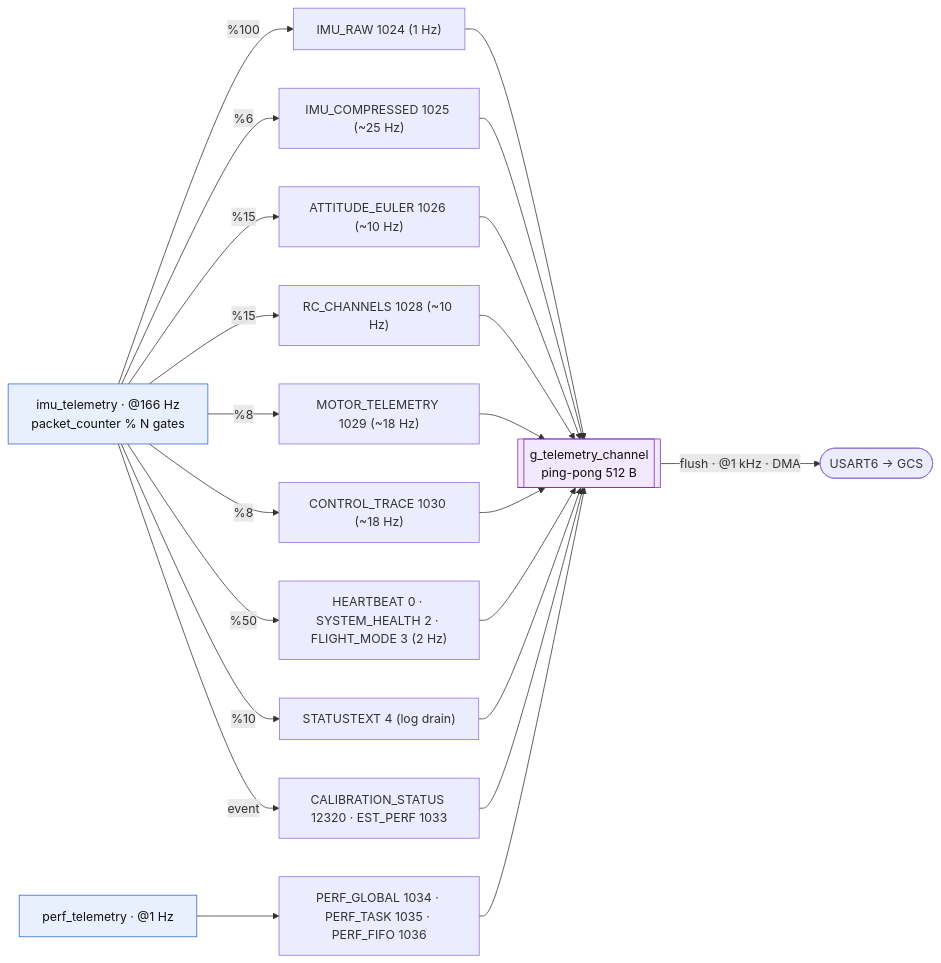
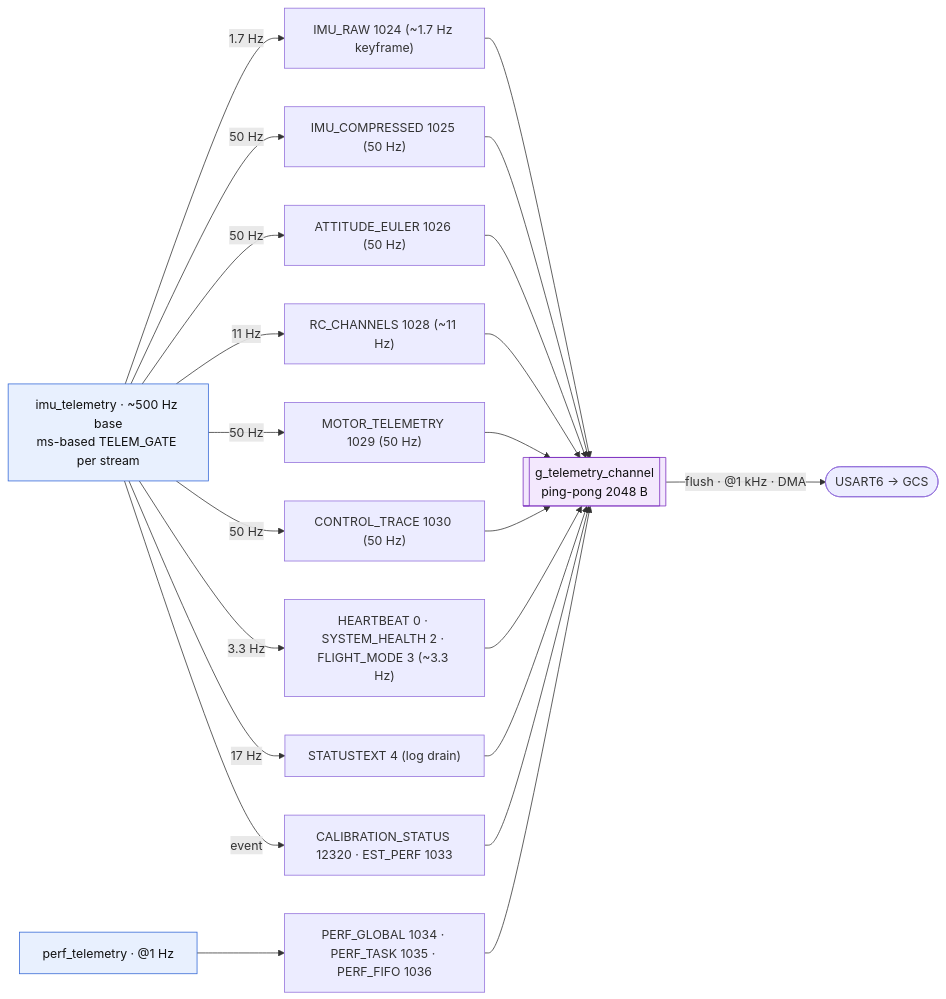
One commit to ragnar-vallhala/vayu changed the seventh of 7 diagrams in docs/reference/software-flow.md. Above: the diagram before and after it, drawn with Mermaid. The commit also changed other lines of this file and 30 other files, not shown here.

````diff
--- a/docs/reference/software-flow.md
+++ b/docs/reference/software-flow.md
@@ -294,21 +295,21 @@
 ```mermaid
 flowchart LR
     classDef task fill:#e8f0fe,stroke:#3367d6,color:#111;
     classDef ipc  fill:#f3e8fd,stroke:#7b2cbf,color:#111;
 
-    TELE["imu_telemetry · @166 Hz<br/>packet_counter % N gates"]:::task
-    TELE -->|"%6"| M2["IMU_COMPRESSED 1025 (~25 Hz)"]
-    TELE -->|"%100"| M1["IMU_RAW 1024 (1 Hz)"]
-    TELE -->|"%15"| M3["ATTITUDE_EULER 1026 (~10 Hz)"]
-    TELE -->|"%15"| M4["RC_CHANNELS 1028 (~10 Hz)"]
-    TELE -->|"%8"| M5["MOTOR_TELEMETRY 1029 (~18 Hz)"]
-    TELE -->|"%8"| M6["CONTROL_TRACE 1030 (~18 Hz)"]
-    TELE -->|"%50"| M7["HEARTBEAT 0 · SYSTEM_HEALTH 2 · FLIGHT_MODE 3 (2 Hz)"]
-    TELE -->|"%10"| M8["STATUSTEXT 4 (log drain)"]
+    TELE["imu_telemetry · ~500 Hz base<br/>ms-based TELEM_GATE per stream"]:::task
+    TELE -->|"50 Hz"| M2["IMU_COMPRESSED 1025 (50 Hz)"]
+    TELE -->|"1.7 Hz"| M1["IMU_RAW 1024 (~1.7 Hz keyframe)"]
+    TELE -->|"50 Hz"| M3["ATTITUDE_EULER 1026 (50 Hz)"]
+    TELE -->|"11 Hz"| M4["RC_CHANNELS 1028 (~11 Hz)"]
+    TELE -->|"50 Hz"| M5["MOTOR_TELEMETRY 1029 (50 Hz)"]
+    TELE -->|"50 Hz"| M6["CONTROL_TRACE 1030 (50 Hz)"]
+    TELE -->|"3.3 Hz"| M7["HEARTBEAT 0 · SYSTEM_HEALTH 2 · FLIGHT_MODE 3 (~3.3 Hz)"]
+    TELE -->|"17 Hz"| M8["STATUSTEXT 4 (log drain)"]
     TELE -->|event| M9["CALIBRATION_STATUS 12320 · EST_PERF 1033"]
 
     PERF["perf_telemetry · @1 Hz"]:::task --> M10["PERF_GLOBAL 1034 · PERF_TASK 1035 · PERF_FIFO 1036"]
 
-    M1 & M2 & M3 & M4 & M5 & M6 & M7 & M8 & M9 & M10 --> CH[["g_telemetry_channel<br/>ping-pong 512 B"]]:::ipc
+    M1 & M2 & M3 & M4 & M5 & M6 & M7 & M8 & M9 & M10 --> CH[["g_telemetry_channel<br/>ping-pong 2048 B"]]:::ipc
     CH -->|"flush · @1 kHz · DMA"| OUT(["USART6 → GCS"])
 ```
````
